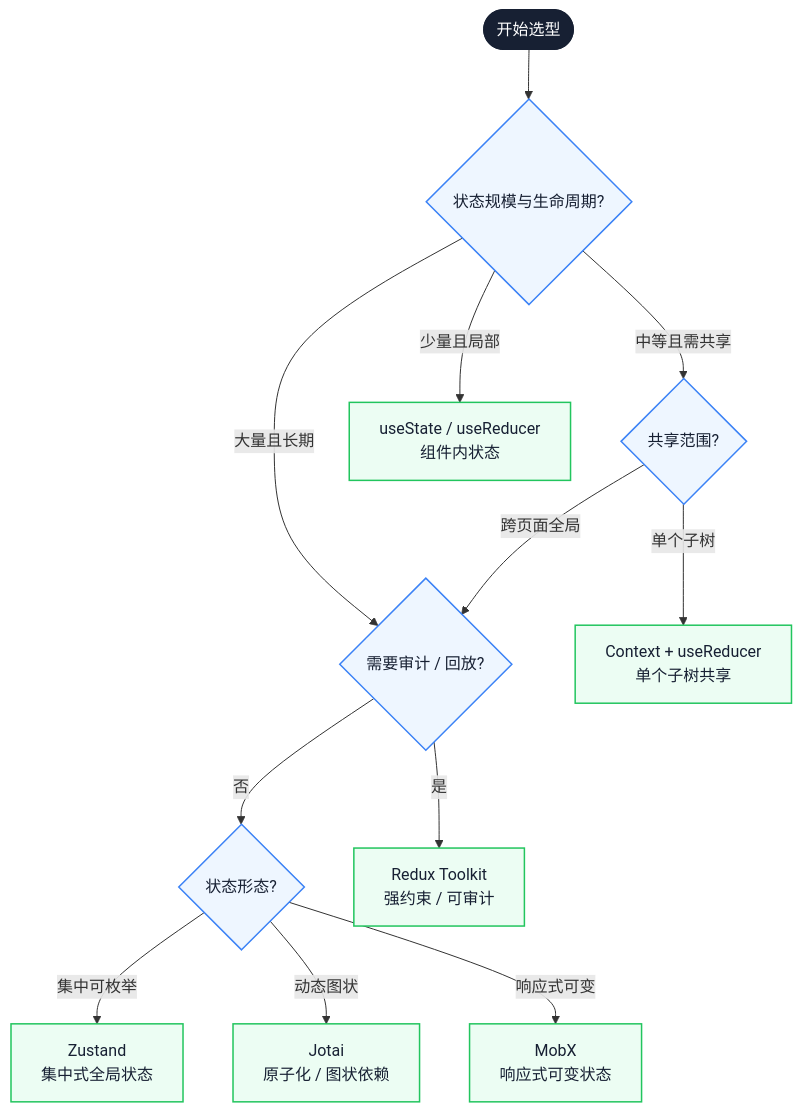
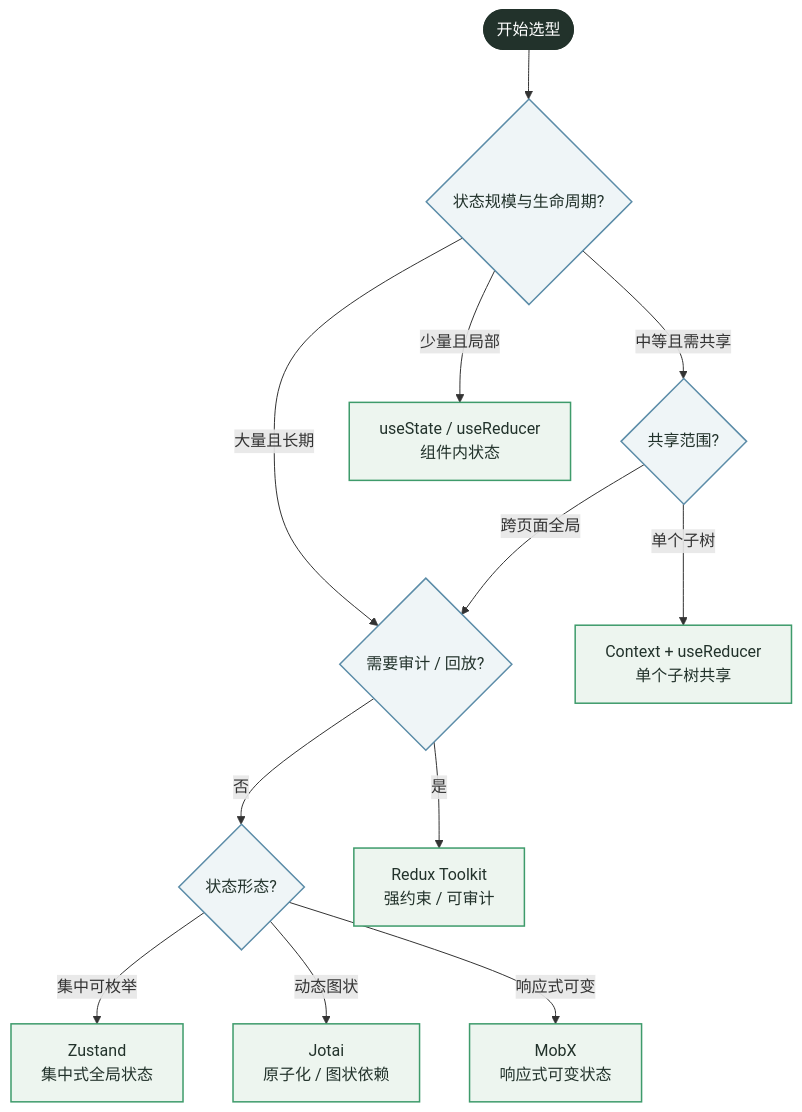
Before and after one commit to Fatejian/frontier-vault: the sixth of 6 diagrams in docs/frameworks/state-management.md, drawn with Mermaid. The commit also changed other lines of this file and 63 other files, not shown here.

````diff
--- a/docs/frameworks/state-management.md
+++ b/docs/frameworks/state-management.md
@@ -854,36 +854,36 @@
 ```mermaid
 flowchart TB
     Start(["开始选型"])
 
     Q1{"状态规模与生命周期?"}
     Q2{"共享范围?"}
     Q3{"需要审计 / 回放?"}
     Q4{"状态形态?"}
 
     R1["useState / useReducer<br/>组件内状态"]
     R2["Context + useReducer<br/>单个子树共享"]
     R3["Zustand<br/>集中式全局状态"]
     R4["Jotai<br/>原子化 / 图状依赖"]
     R5["Redux Toolkit<br/>强约束 / 可审计"]
     R6["MobX<br/>响应式可变状态"]
 
     Start --> Q1
     Q1 -->|"少量且局部"| R1
     Q1 -->|"中等且需共享"| Q2
     Q1 -->|"大量且长期"| Q3
     Q2 -->|"单个子树"| R2
     Q2 -->|"跨页面全局"| Q3
     Q3 -->|"是"| R5
     Q3 -->|"否"| Q4
     Q4 -->|"集中可枚举"| R3
     Q4 -->|"动态图状"| R4
     Q4 -->|"响应式可变"| R6
 
-    classDef core fill:#172033,color:#fff,stroke:#172033,stroke-width:2px;
-    classDef wait fill:#EEF6FF,stroke:#3B82F6,color:#172033,stroke-width:1.5px;
-    classDef work fill:#ECFDF3,stroke:#22C55E,color:#172033,stroke-width:1.5px;
+    classDef core fill:#22322B,color:#fff,stroke:#22322B,stroke-width:2px;
+    classDef wait fill:#EFF5F7,stroke:#5B8CA8,color:#22322B,stroke-width:1.5px;
+    classDef work fill:#EDF5EF,stroke:#3E9B6B,color:#22322B,stroke-width:1.5px;
 
     class Start core;
     class Q1,Q2,Q3,Q4 wait;
     class R1,R2,R3,R4,R5,R6 work;
 ```
````
